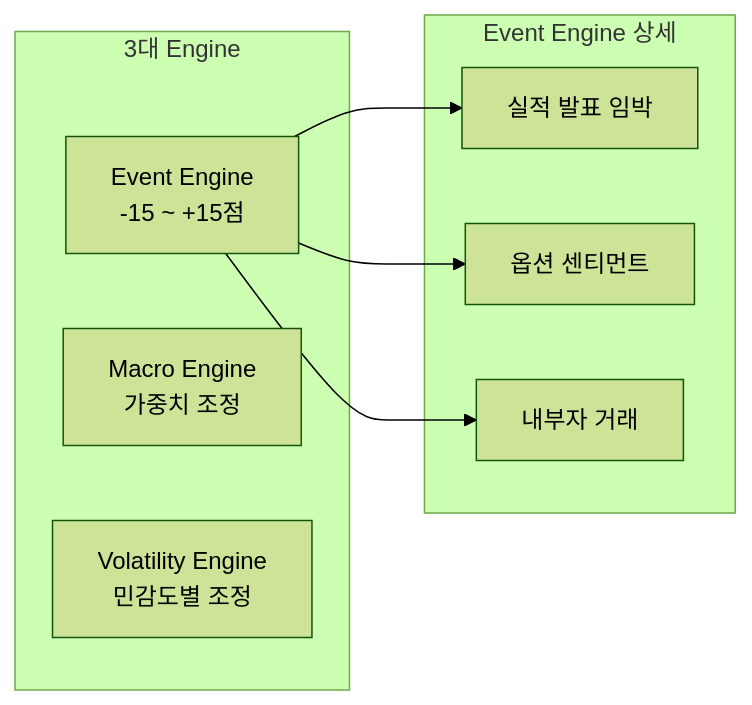
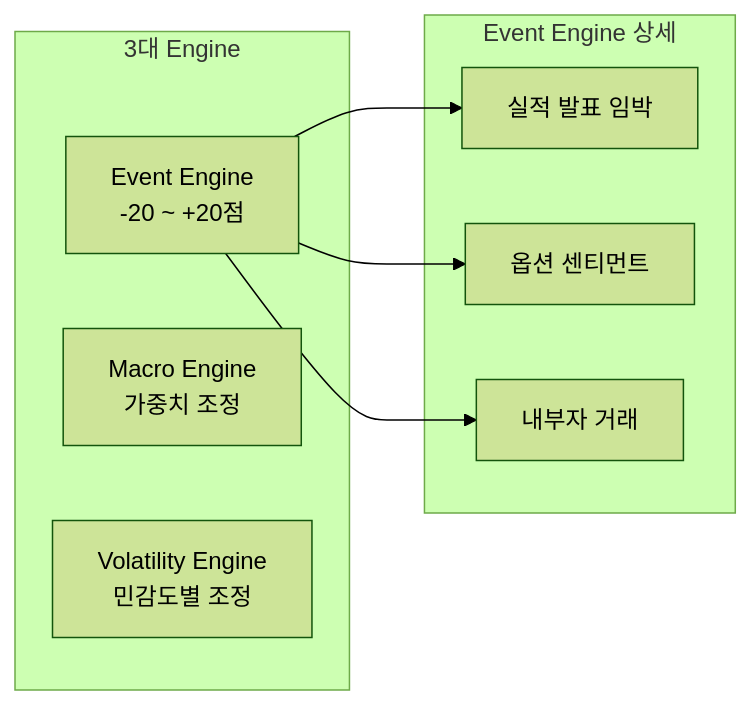
One commit to vinjung/alphafolio_quant changed the sixth of 6 diagrams in readme.md. Above: the diagram before and after it, drawn with Mermaid (forest theme). The commit also changed other lines of this file and 8 other files, not shown here.

````diff
--- a/readme.md
+++ b/readme.md
@@ -282,18 +349,18 @@
 ```mermaid
 flowchart LR
     subgraph Engines["3대 Engine"]
-        EVENT[Event Engine<br/>-15 ~ +15점]
+        EVENT[Event Engine<br/>-20 ~ +20점]
         MACRO[Macro Engine<br/>가중치 조정]
         VOL[Volatility Engine<br/>민감도별 조정]
     end
 
     subgraph EventDetails["Event Engine 상세"]
         E1[실적 발표 임박]
         E2[옵션 센티먼트]
         E3[내부자 거래]
     end
 
     EVENT --> E1
     EVENT --> E2
     EVENT --> E3
 ```
````
